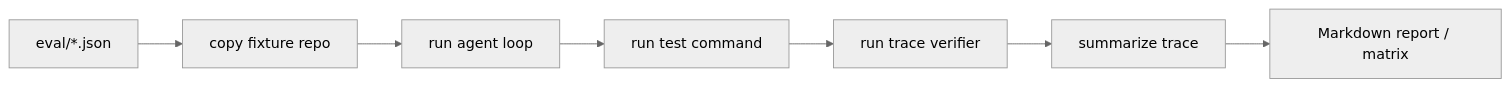
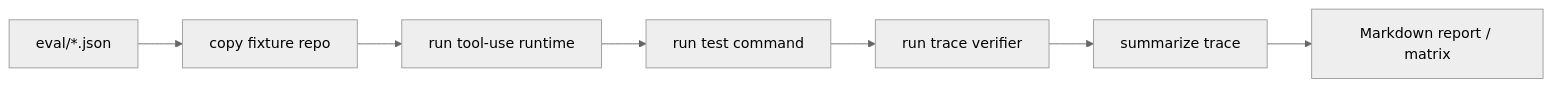
Before and after one commit to LKRCharon/Harness-Coder: the third of 3 diagrams in docs/architecture.md, drawn with Mermaid (neutral theme). The commit also changed other lines of this file and 20 other files, not shown here.

````diff
--- a/docs/architecture.md
+++ b/docs/architecture.md
@@ -167,9 +185,9 @@
 ```mermaid
 flowchart LR
     Cases["eval/*.json"] --> Fixture["copy fixture repo"]
-    Fixture --> Agent["run agent loop"]
+    Fixture --> Agent["run tool-use runtime"]
     Agent --> Tests["run test command"]
     Tests --> Verifier["run trace verifier"]
     Verifier --> Replay["summarize trace"]
     Replay --> Report["Markdown report / matrix"]
 ```
````
